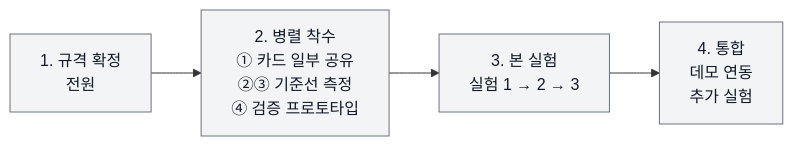
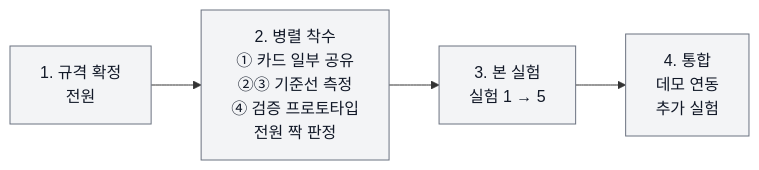
The third of 3 diagrams in PIPELINE.md (Grow22/DeepLearning_6team), drawn with Mermaid before and after one commit. The commit also changed other lines of this file and 7 other files, not shown here.

````diff
--- a/PIPELINE.md
+++ b/PIPELINE.md
@@ -129,9 +146,9 @@
 ```mermaid
 flowchart LR
-    S1["1. 규격 확정<br/>전원"] --> S2["2. 병렬 착수<br/>① 카드 일부 공유<br/>②③ 기준선 측정<br/>④ 검증 프로토타입"]
-    S2 --> S3["3. 본 실험<br/>실험 1 → 2 → 3"]
+    S1["1. 규격 확정<br/>전원"] --> S2["2. 병렬 착수<br/>① 카드 일부 공유<br/>②③ 기준선 측정<br/>④ 검증 프로토타입<br/>전원 짝 판정"]
+    S2 --> S3["3. 본 실험<br/>실험 1 → 5"]
     S3 --> S4["4. 통합<br/>데모 연동<br/>추가 실험"]
 
     classDef base fill:#F3F4F6,stroke:#6B7280,color:#111827
     class S1,S2,S3,S4 base
 ```
````
